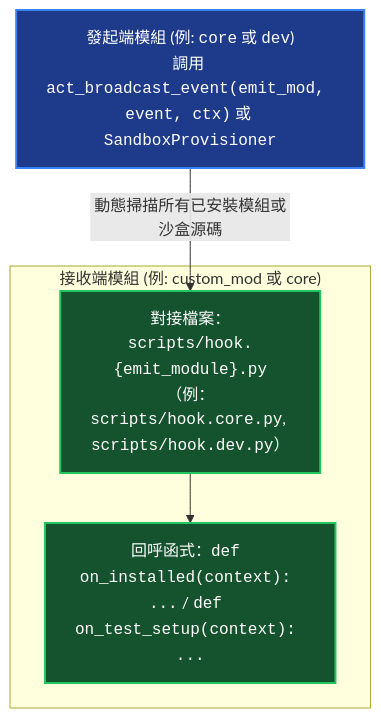
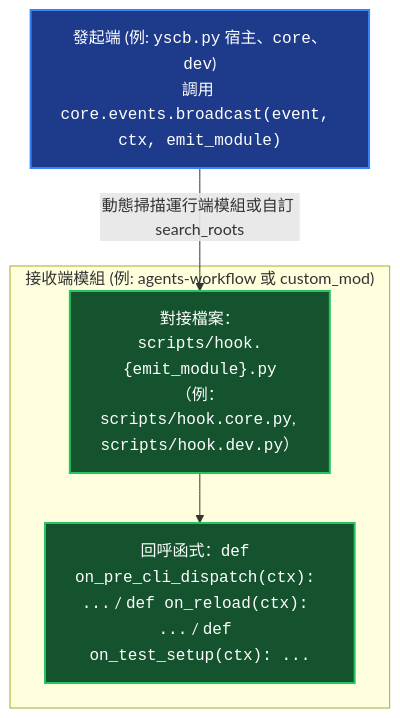
One commit to ysnaive/ys-codebase changed the diagram in docs/core/lifecycle_and_hooks.md. Above: the diagram before and after it, drawn with Mermaid. The commit also changed other lines of this file and 67 other files, not shown here.

First line of the commit message:
feat(core,agents-workflow,dev): decouple event pipeline, integrate jit lifecycle, and refactor review/session-analysis gates

````diff
--- a/docs/core/lifecycle_and_hooks.md
+++ b/docs/core/lifecycle_and_hooks.md
@@ -11,15 +11,15 @@
 ```mermaid
 graph TD
     classDef emit fill:#1e3a8a,stroke:#3b82f6,stroke-width:2px,color:#fff;
     classDef recv fill:#14532d,stroke:#22c55e,stroke-width:2px,color:#fff;
 
-    Emitter["發起端模組 (例: <code>core</code> 或 <code>dev</code>)<br/>調用 <code>act_broadcast_event(emit_mod, event, ctx)</code> 或 <code>SandboxProvisioner</code>"]:::emit
+    Emitter["發起端 (例: <code>yscb.py</code> 宿主、<code>core</code>、<code>dev</code>)<br/>調用 <code>core.events.broadcast(event, ctx, emit_module)</code>"]:::emit
     
-    subgraph Receiver ["接收端模組 (例: custom_mod 或 core)"]
+    subgraph Receiver ["接收端模組 (例: agents-workflow 或 custom_mod)"]
         HookFile["對接檔案：<code>scripts/hook.{emit_module}.py</code><br/>（例：<code>scripts/hook.core.py</code>, <code>scripts/hook.dev.py</code>）"]:::recv
-        Handler["回呼函式：<code>def on_installed(context): ...</code> / <code>def on_test_setup(context): ...</code>"]:::recv
+        Handler["回呼函式：<code>def on_pre_cli_dispatch(ctx): ...</code> / <code>def on_reload(ctx): ...</code> / <code>def on_test_setup(ctx): ...</code>"]:::recv
     end
 
-    Emitter -->|動態掃描所有已安裝模組或沙盒源碼| HookFile
+    Emitter -->|動態掃描運行端模組或自訂 search_roots| HookFile
     HookFile --> Handler
 ```
````
